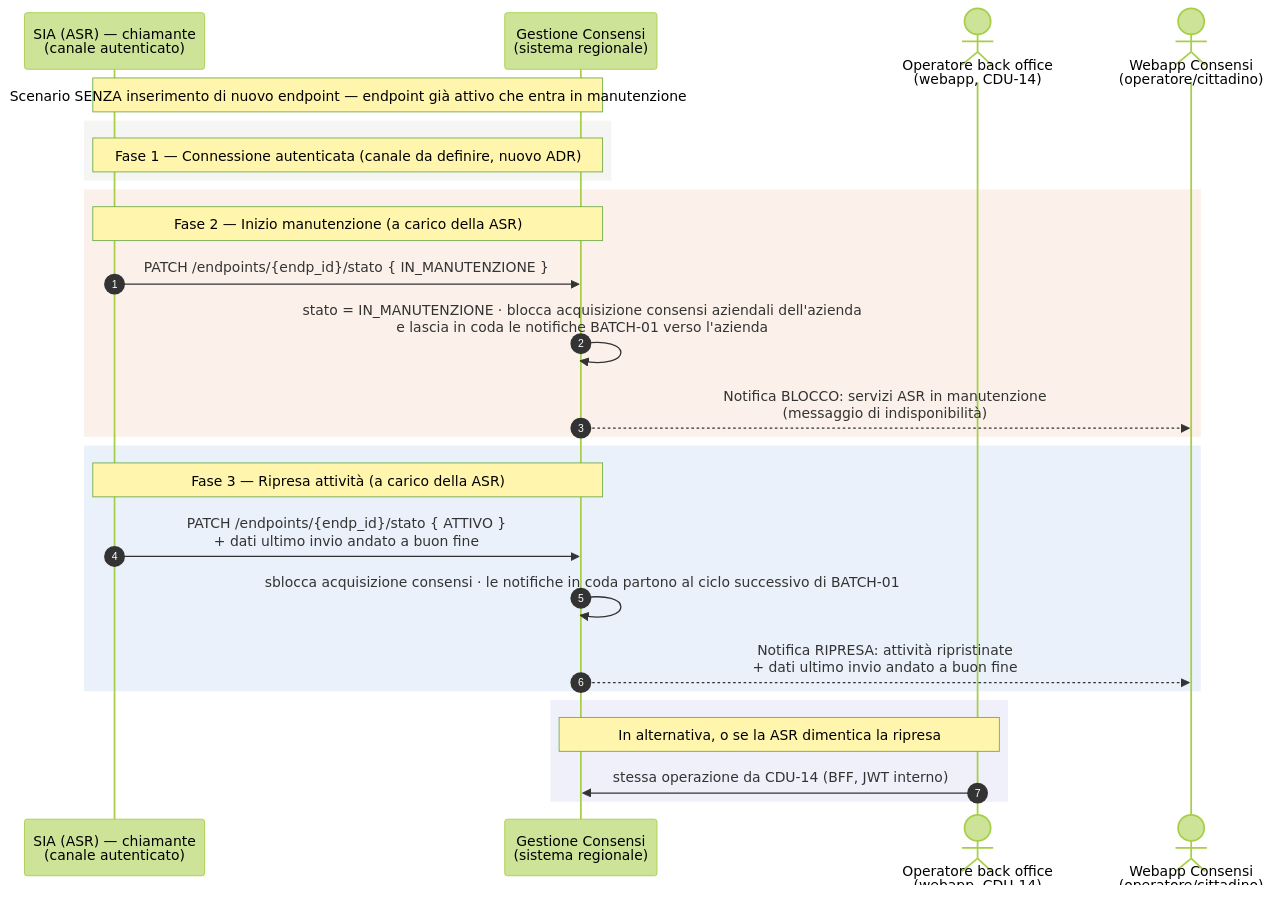
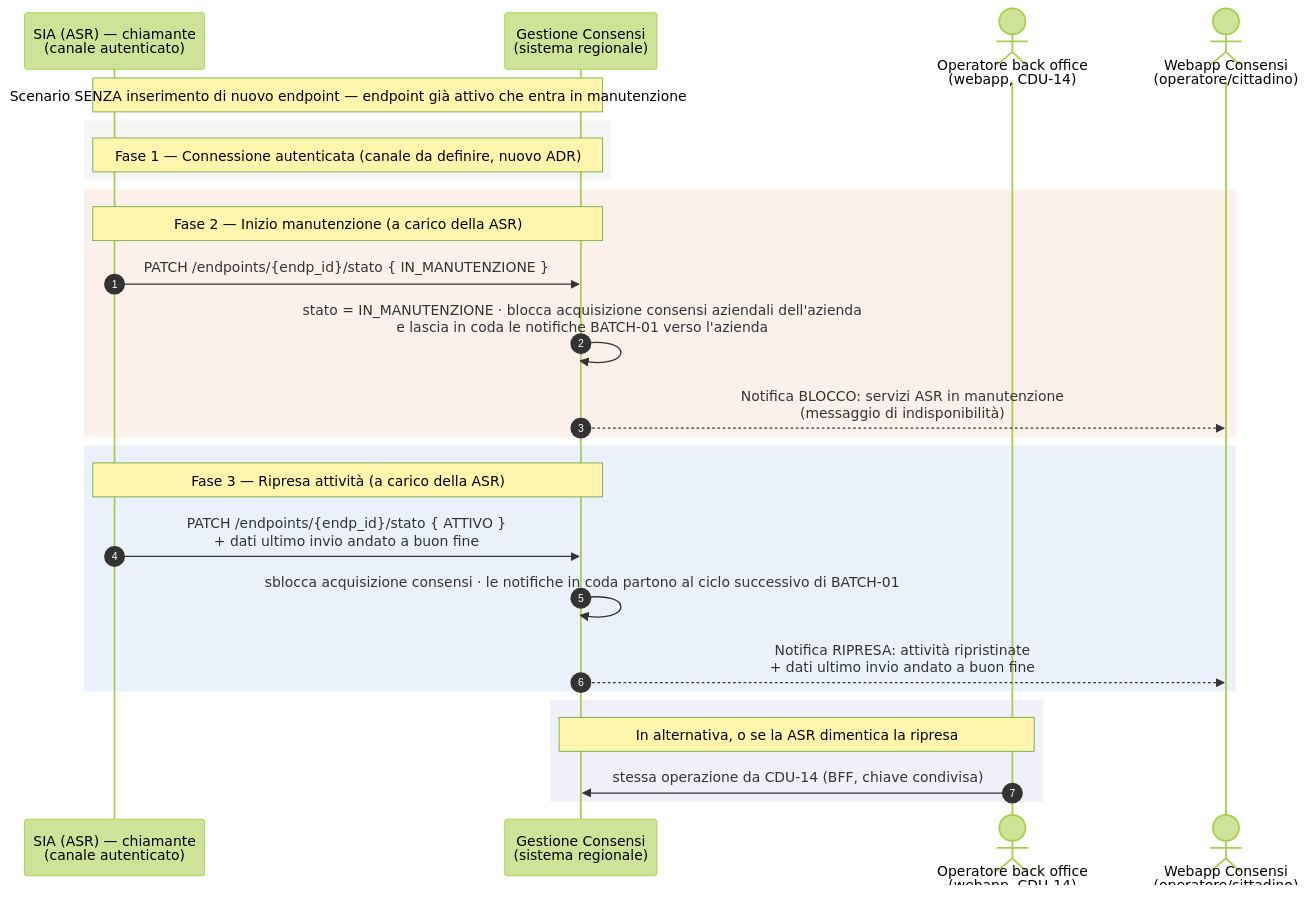
The second of 2 diagrams in src/site/notes/Manutenzione-endpoint_diagramma-sequenza.md (caccu/srs_cons_git_exprivia), drawn with Mermaid (forest theme) before and after one commit. The commit also changed other lines of this file and 15 other files, not shown here.

````diff
--- a/src/site/notes/Manutenzione-endpoint_diagramma-sequenza.md
+++ b/src/site/notes/Manutenzione-endpoint_diagramma-sequenza.md
@@ -60,33 +60,33 @@
 ```mermaid
 sequenceDiagram
     autonumber
     participant SIA as SIA (ASR) — chiamante<br/>(canale autenticato)
     participant GC as Gestione Consensi<br/>(sistema regionale)
     actor OP as Operatore back office<br/>(webapp, CDU-14)
     actor WEB as Webapp Consensi<br/>(operatore/cittadino)
 
     Note over SIA,GC: Scenario SENZA inserimento di nuovo endpoint — endpoint già attivo che entra in manutenzione
 
     rect rgb(245,245,243)
     Note over SIA,GC: Fase 1 — Connessione autenticata (canale da definire, nuovo ADR)
     end
 
     rect rgb(251,241,234)
     Note over SIA,GC: Fase 2 — Inizio manutenzione (a carico della ASR)
     SIA->>GC: PATCH /endpoints/{endp_id}/stato { IN_MANUTENZIONE }
     GC->>GC: stato = IN_MANUTENZIONE · blocca acquisizione consensi aziendali dell'azienda<br/>e lascia in coda le notifiche BATCH-01 verso l'azienda
     GC-->>WEB: Notifica BLOCCO: servizi ASR in manutenzione<br/>(messaggio di indisponibilità)
     end
 
     rect rgb(234,241,251)
     Note over SIA,GC: Fase 3 — Ripresa attività (a carico della ASR)
     SIA->>GC: PATCH /endpoints/{endp_id}/stato { ATTIVO }<br/>+ dati ultimo invio andato a buon fine
     GC->>GC: sblocca acquisizione consensi · le notifiche in coda partono al ciclo successivo di BATCH-01
     GC-->>WEB: Notifica RIPRESA: attività ripristinate<br/>+ dati ultimo invio andato a buon fine
     end
 
     rect rgb(240,240,250)
     Note over OP,GC: In alternativa, o se la ASR dimentica la ripresa
-    OP->>GC: stessa operazione da CDU-14 (BFF, JWT interno)
+    OP->>GC: stessa operazione da CDU-14 (BFF, chiave condivisa)
     end
 ```
````
